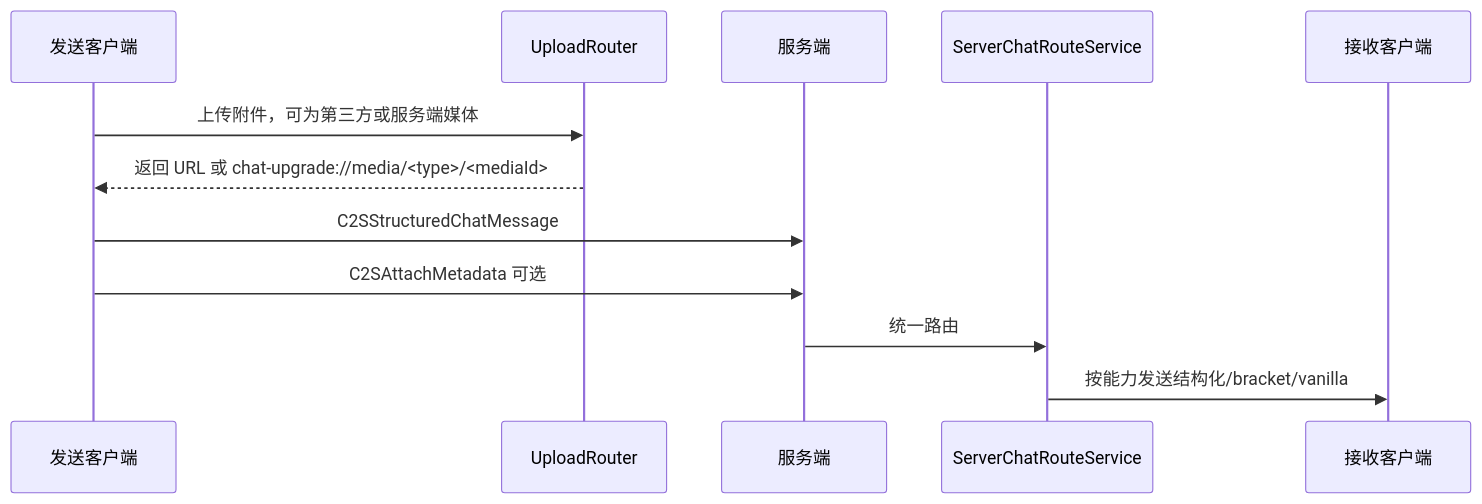
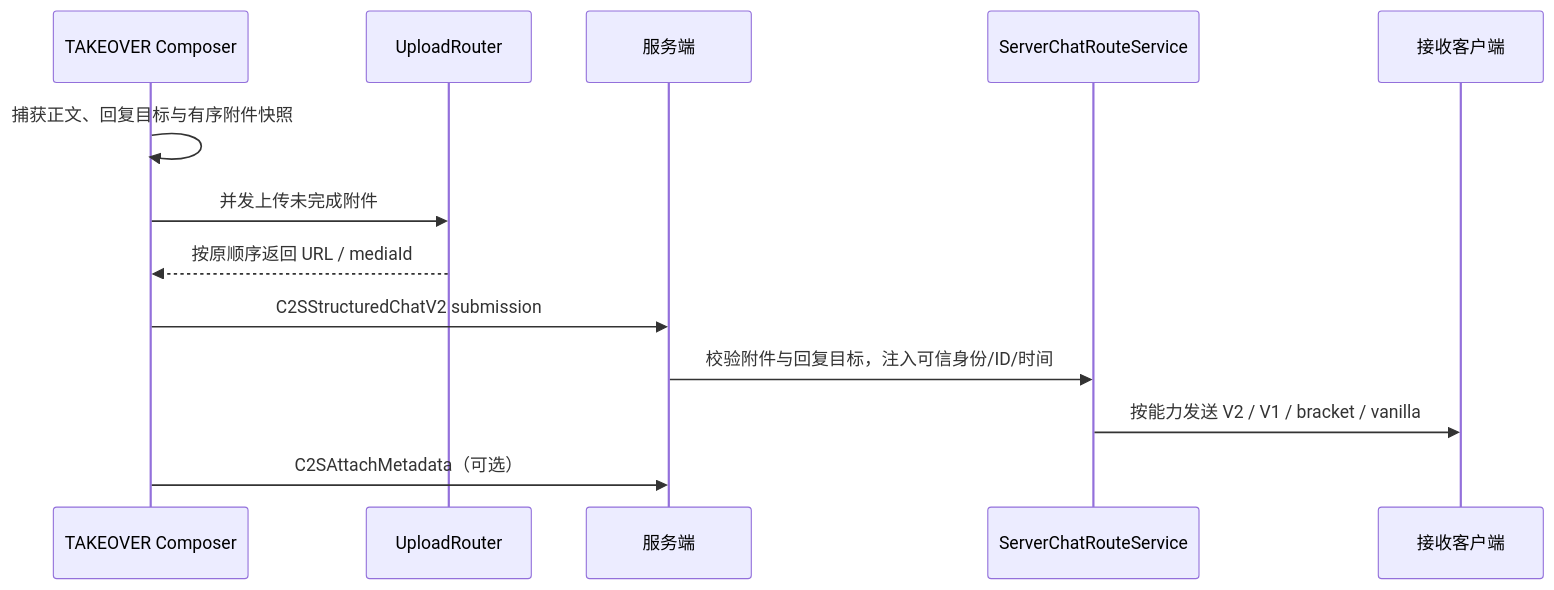
The diagram in docs/protocol-and-routing.md (LoosePrince/chat-upgrade), drawn with Mermaid before and after one commit. The commit also changed other lines of this file and 10 other files, not shown here.

````diff
--- a/docs/protocol-and-routing.md
+++ b/docs/protocol-and-routing.md
@@ -83,15 +88,16 @@
 ```mermaid
 sequenceDiagram
-    participant Client as 发送客户端
+    participant Composer as TAKEOVER Composer
     participant Upload as UploadRouter
     participant Server as 服务端
     participant Route as ServerChatRouteService
     participant Target as 接收客户端
 
-    Client->>Upload: 上传附件，可为第三方或服务端媒体
-    Upload-->>Client: 返回 URL 或 chat-upgrade://media/<type>/<mediaId>
-    Client->>Server: C2SStructuredChatMessage
-    Client->>Server: C2SAttachMetadata 可选
-    Server->>Route: 统一路由
-    Route->>Target: 按能力发送结构化/bracket/vanilla
+    Composer->>Composer: 捕获正文、回复目标与有序附件快照
+    Composer->>Upload: 并发上传未完成附件
+    Upload-->>Composer: 按原顺序返回 URL / mediaId
+    Composer->>Server: C2SStructuredChatV2 submission
+    Server->>Route: 校验附件与回复目标，注入可信身份/ID/时间
+    Route->>Target: 按能力发送 V2 / V1 / bracket / vanilla
+    Composer->>Server: C2SAttachMetadata（可选）
 ```
````
